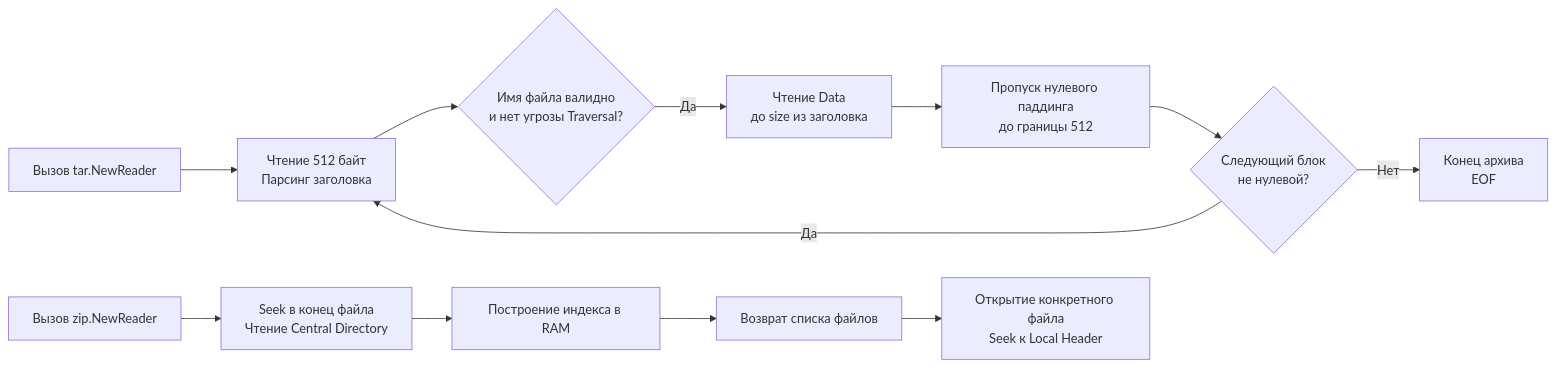
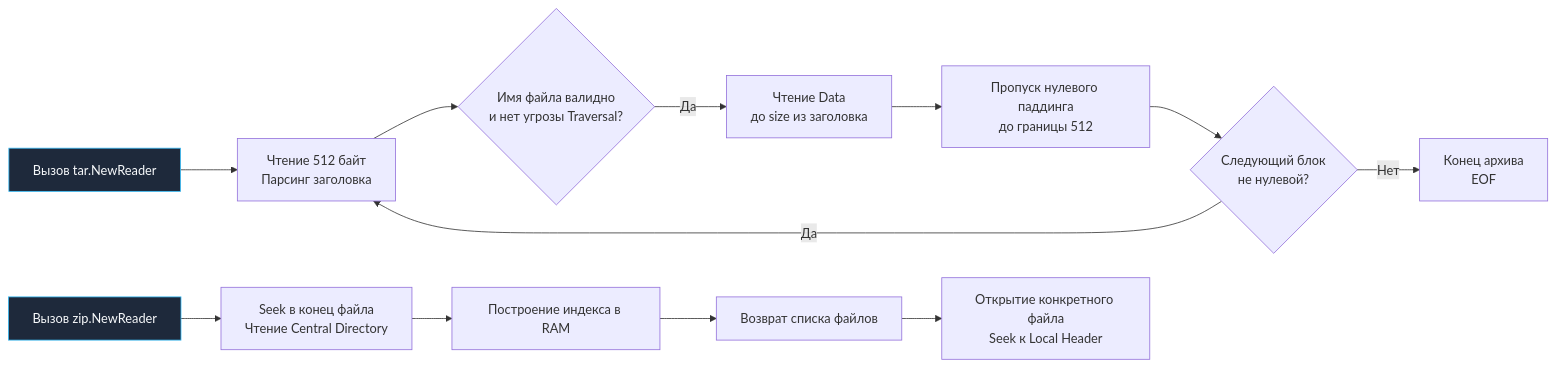
The diagram in sources/6. Стандартная библиотека Go/41. archive_zip, tar и работа с архивами.md (UnrealTemplier/go-textbook), drawn with Mermaid before and after one commit. The commit also changed 1666 other files, not shown here.

First line of the commit message:
feat(mermaid): add semantic color classDef to 1369 colorless flowchart/graph diagrams

````diff
--- a/sources/6. Стандартная библиотека Go/41. archive_zip, tar и работа с архивами.md
+++ b/sources/6. Стандартная библиотека Go/41. archive_zip, tar и работа с архивами.md
@@ -42,15 +42,25 @@
 ```mermaid
 flowchart LR
-    A["Вызов tar.NewReader"] --> B["Чтение 512 байт<br>Парсинг заголовка"]
+    classDef process  fill:#1e293b,stroke:#38bdf8,stroke-width:1px,color:#f8fafc
+    classDef success  fill:#064e3b,stroke:#34d399,stroke-width:1px,color:#f8fafc
+    classDef error    fill:#7f1d1d,stroke:#f87171,stroke-width:1px,color:#f8fafc
+    classDef warning  fill:#78350f,stroke:#fbbf24,stroke-width:1px,color:#f8fafc
+    classDef entry    fill:#1e3a5f,stroke:#38bdf8,stroke-width:2px,color:#f8fafc
+    classDef aux      fill:#334155,stroke:#64748b,stroke-width:1px,color:#f8fafc
+    classDef system   fill:#312e81,stroke:#a78bfa,stroke-width:1px,color:#f8fafc
+    classDef data     fill:#132d29,stroke:#2dd4bf,stroke-width:1px,color:#f8fafc
+    classDef network  fill:#881337,stroke:#fb7185,stroke-width:1px,color:#f8fafc
+    classDef accent   fill:#1e1b4b,stroke:#818cf8,stroke-width:1px,color:#f8fafc
+    A["Вызов tar.NewReader"]:::process --> B["Чтение 512 байт<br>Парсинг заголовка"]
     B --> C{"Имя файла валидно<br>и нет угрозы Traversal?"}
     C -->|Да| D["Чтение Data<br>до size из заголовка"]
     D --> E["Пропуск нулевого паддинга<br>до границы 512"]
     E --> F{"Следующий блок<br>не нулевой?"}
     F -->|Да| B
     F -->|Нет| G["Конец архива<br>EOF"]
     
-    H["Вызов zip.NewReader"] --> I["Seek в конец файла<br>Чтение Central Directory"]
+    H["Вызов zip.NewReader"]:::process --> I["Seek в конец файла<br>Чтение Central Directory"]
     I --> J["Построение индекса в RAM"]
     J --> K["Возврат списка файлов"]
     K --> L["Открытие конкретного файла<br>Seek к Local Header"]
 ```
````
